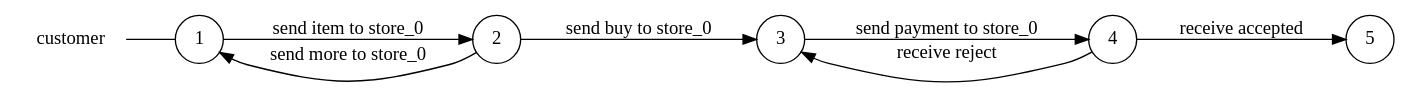
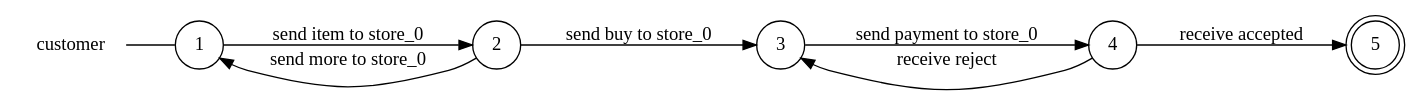
The diagram in examples/customer/customer_local_view.dot (gabrielegenovese/chorer), drawn with Graphviz before and after one commit. The commit also changed 36 other files, not shown here.

```diff
--- a/examples/customer/customer_local_view.dot
+++ b/examples/customer/customer_local_view.dot
@@ -1,17 +1,17 @@
 digraph customer {
 	rankdir="LR";
 	n_0 [label="customer", shape="plaintext"];
-	n_1 [id="5", shape=circle, label="4"];
-	n_2 [id="6", shape=circle, label="3"];
-	n_3 [id="1", shape=circle, label="1"];
-	n_0 -> n_3 [arrowhead=none];
-	n_4 [id="2", shape=circle, label="2"];
-	n_5 [id="4", shape=circle, label="5"];
+	n_1 [id="6", shape=doublecircle, label="5"];
+	n_2 [id="1", shape=circle, label="1"];
+	n_0 -> n_2 [arrowhead=none];
+	n_3 [id="2", shape=circle, label="3"];
+	n_4 [id="4", shape=circle, label="4"];
+	n_5 [id="7", shape=circle, label="2"];
 
-	n_3 -> n_4 [id="[$e|1]", label="send item to store_0"];
-	n_4 -> n_3 [id="[$e|9]", label="send more to store_0"];
-	n_1 -> n_5 [id="[$e|4]", label="receive accepted"];
-	n_1 -> n_2 [id="[$e|2]", label="receive reject"];
-	n_2 -> n_1 [id="[$e|7]", label="send payment to store_0"];
-	n_4 -> n_2 [id="[$e|8]", label="send buy to store_0"];
+	n_3 -> n_4 [id="[$e|5]", label="send payment to store_0"];
+	n_4 -> n_3 [id="[$e|9]", label="receive reject"];
+	n_2 -> n_5 [id="[$e|3]", label="send item to store_0"];
+	n_5 -> n_2 [id="[$e|8]", label="send more to store_0"];
+	n_5 -> n_3 [id="[$e|7]", label="send buy to store_0"];
+	n_4 -> n_1 [id="[$e|2]", label="receive accepted"];
 }
```
